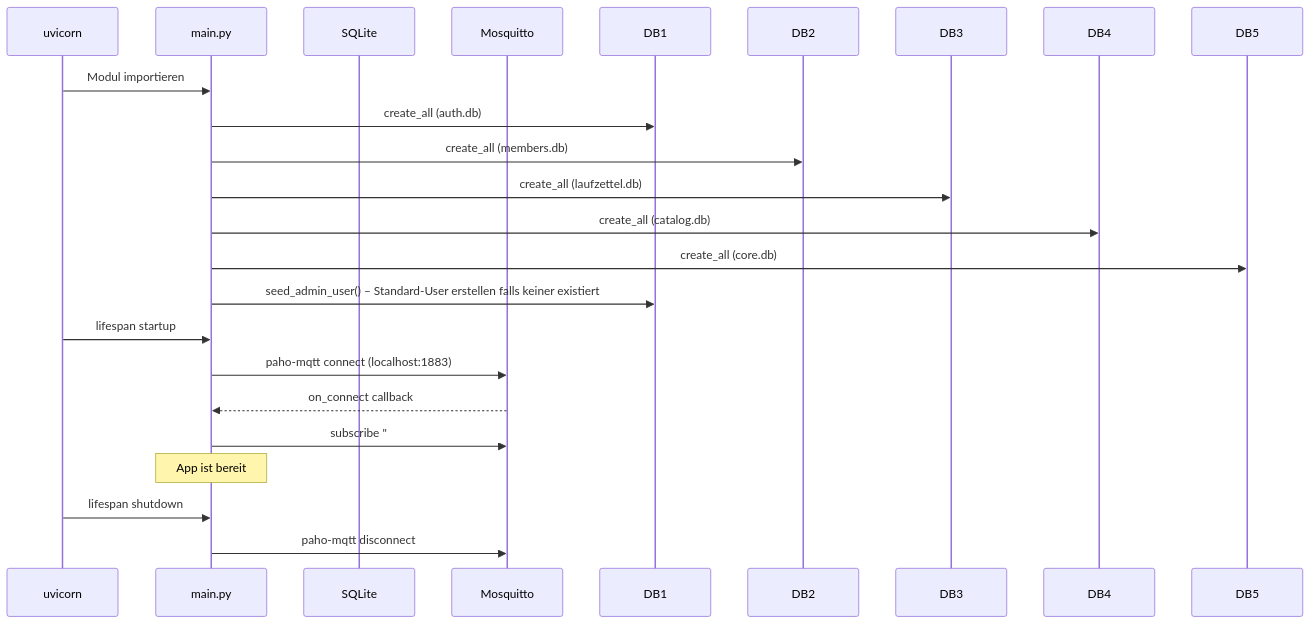
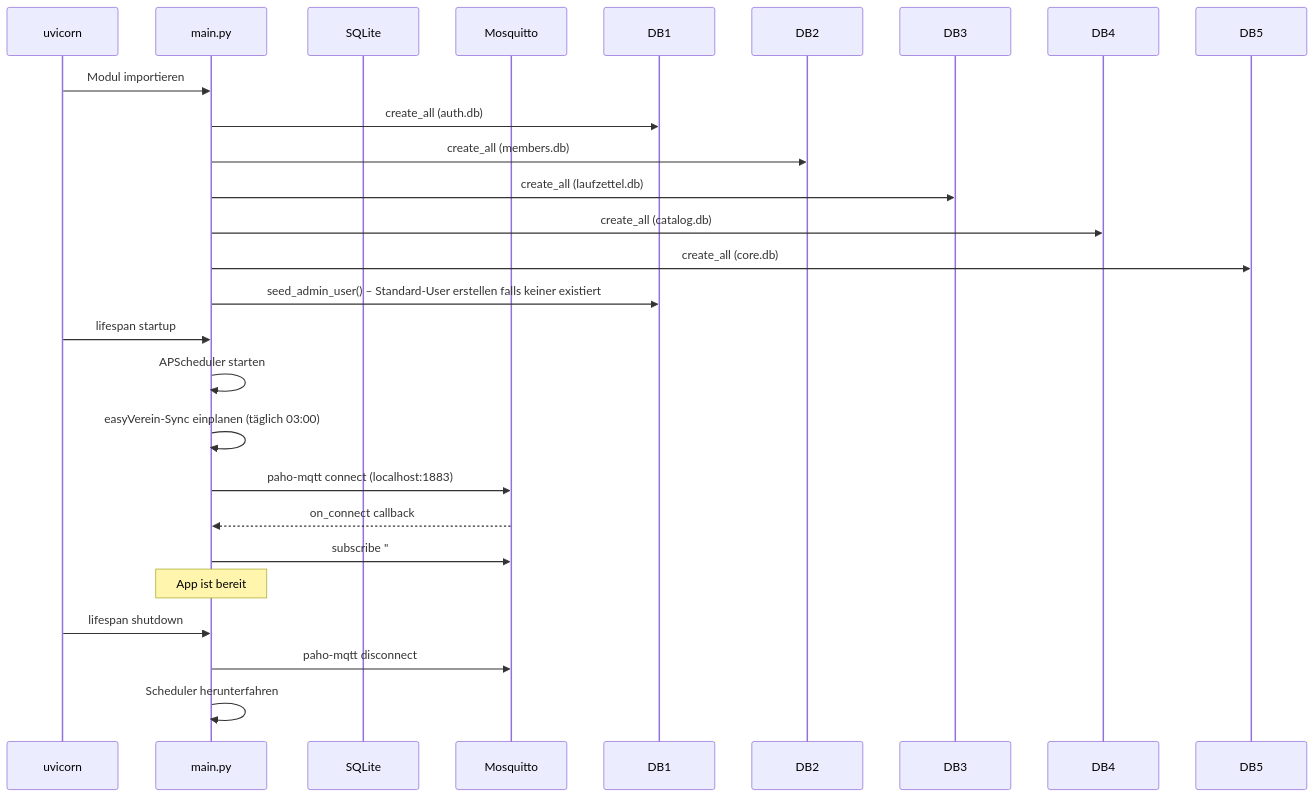
One commit to AlexErlewein/MakerPi_GroundControl changed the second of 2 diagrams in docs/05-system-architecture.de.md. Above: the diagram before and after it, drawn with Mermaid. The commit also changed other lines of this file and 30 other files, not shown here.

````diff
--- a/docs/05-system-architecture.de.md
+++ b/docs/05-system-architecture.de.md
@@ -118,22 +140,25 @@
 ```mermaid
 sequenceDiagram
     participant UV as uvicorn
     participant APP as main.py
     participant DB as SQLite
     participant MQ as Mosquitto
 
     UV->>APP: Modul importieren
     APP->>DB1: create_all (auth.db)
     APP->>DB2: create_all (members.db)
     APP->>DB3: create_all (laufzettel.db)
     APP->>DB4: create_all (catalog.db)
     APP->>DB5: create_all (core.db)
     APP->>DB1: seed_admin_user() – Standard-User erstellen falls keiner existiert
     UV->>APP: lifespan startup
+    APP->>APP: APScheduler starten
+    APP->>APP: easyVerein-Sync einplanen (täglich 03:00)
     APP->>MQ: paho-mqtt connect (localhost:1883)
     MQ-->>APP: on_connect callback
     APP->>MQ: subscribe "#" (alle Topics)
     Note over APP: App ist bereit
     UV->>APP: lifespan shutdown
     APP->>MQ: paho-mqtt disconnect
+    APP->>APP: Scheduler herunterfahren
 ```
````
